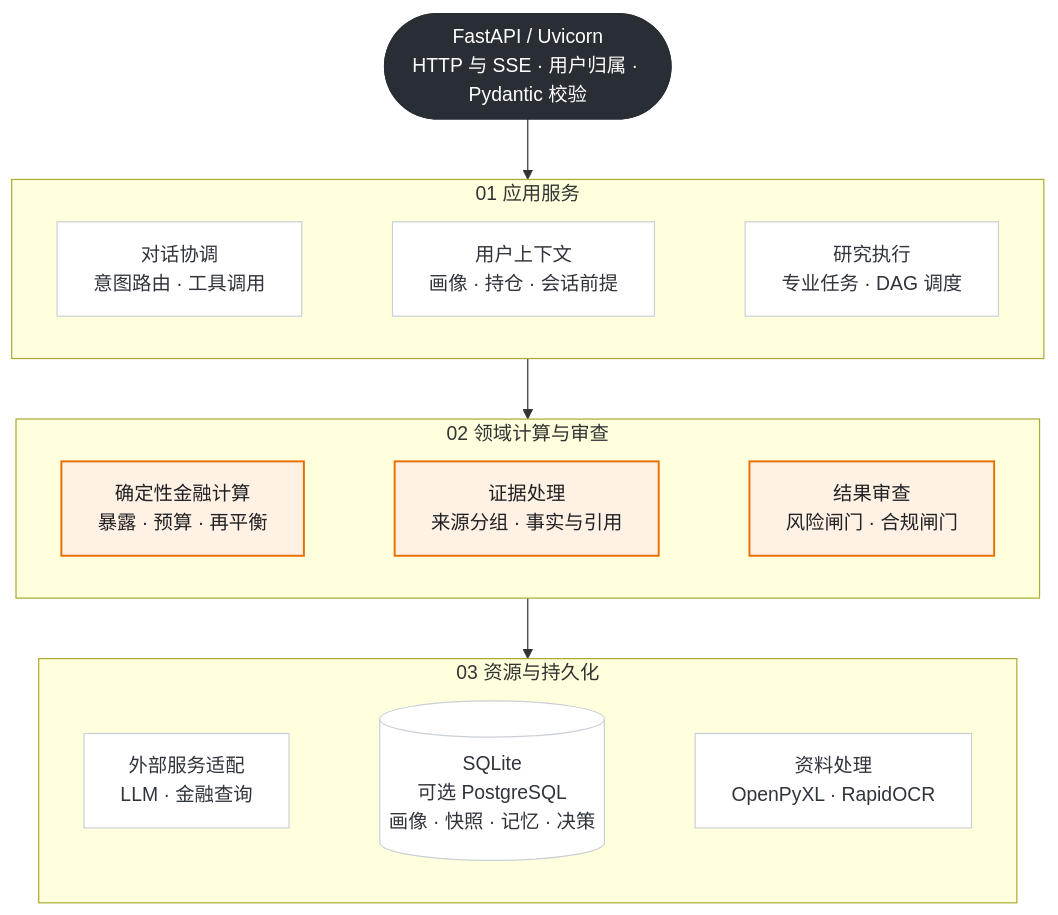
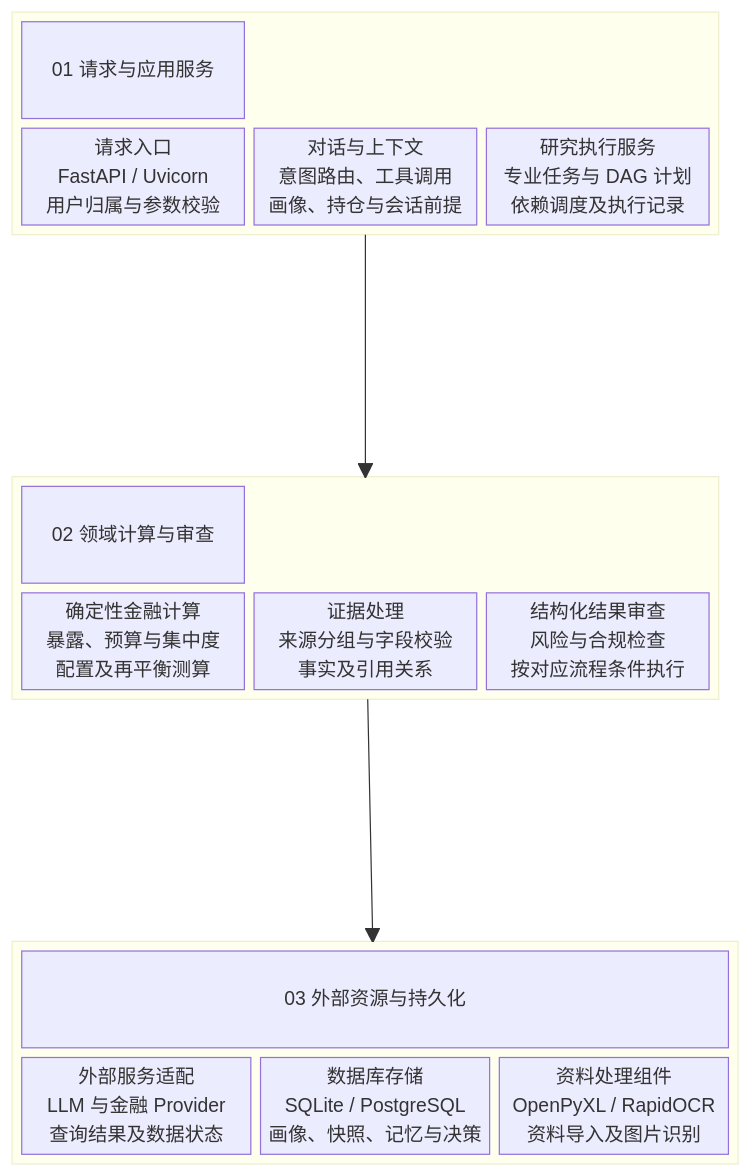
Before and after one commit to 1917173927/prism: the diagram in docs/submission/figures/s2c/backend-framework.mmd, drawn with Mermaid. The commit also changed 50 other files, not shown here.

Commit message:
docs: 按参考图重绘 S2C 分区卡片图示

```diff
--- a/docs/submission/figures/s2c/backend-framework.mmd
+++ b/docs/submission/figures/s2c/backend-framework.mmd
@@ -1,31 +1,31 @@
-flowchart TD
-  access(["FastAPI / Uvicorn<br/>HTTP 与 SSE · 用户归属 · Pydantic 校验"]) --> services
-  subgraph services[01  应用服务]
-    direction LR
-    dialogue["对话协调<br/>意图路由 · 工具调用"]
-    context["用户上下文<br/>画像 · 持仓 · 会话前提"]
-    research["研究执行<br/>专业任务 · DAG 调度"]
-    dialogue ~~~ context ~~~ research
+block-beta
+  columns 1
+  block:input
+    columns 3
+    H1["01 请求与应用服务"]:3
+    A["请求入口<br/>FastAPI / Uvicorn<br/>用户归属与参数校验"]
+    B["对话与上下文<br/>意图路由、工具调用<br/>画像、持仓与会话前提"]
+    C["研究执行服务<br/>专业任务与 DAG 计划<br/>依赖调度及执行记录"]
   end
-  services --> domain
-  subgraph domain[02  领域计算与审查]
-    direction LR
-    calc["确定性金融计算<br/>暴露 · 预算 · 再平衡"]
-    evidence["证据处理<br/>来源分组 · 事实与引用"]
-    gates["结果审查<br/>风险闸门 · 合规闸门"]
-    calc ~~~ evidence ~~~ gates
+  space
+  block:process
+    columns 3
+    H2["02 领域计算与审查"]:3
+    D["确定性金融计算<br/>暴露、预算与集中度<br/>配置及再平衡测算"]
+    E["证据处理<br/>来源分组与字段校验<br/>事实及引用关系"]
+    F["结构化结果审查<br/>风险与合规检查<br/>按对应流程条件执行"]
   end
-  domain --> infrastructure
-  subgraph infrastructure[03  资源与持久化]
-    direction LR
-    providers["外部服务适配<br/>LLM · 金融查询"]
-    storage[("SQLite<br/>可选 PostgreSQL<br/>画像 · 快照 · 记忆 · 决策")]
-    imports["资料处理<br/>OpenPyXL · RapidOCR"]
-    providers ~~~ storage ~~~ imports
+  space
+  block:output
+    columns 3
+    H3["03 外部资源与持久化"]:3
+    G["外部服务适配<br/>LLM 与金融 Provider<br/>查询结果及数据状态"]
+    I["数据库存储<br/>SQLite / PostgreSQL<br/>画像、快照、记忆与决策"]
+    J["资料处理组件<br/>OpenPyXL / RapidOCR<br/>资料导入及图片识别"]
   end
-  classDef accent fill:#fff1e3,stroke:#e86f00,color:#202124,stroke-width:1.6px
-  classDef base fill:#ffffff,stroke:#cbd0d6,color:#30343b
-  classDef dark fill:#292d34,stroke:#292d34,color:#ffffff
-  class access dark
-  class calc,evidence,gates accent
-  class dialogue,context,research,providers,storage,imports base
+  input --> process
+  process --> output
+  class H1,H2,H3 section
+  class input,process,output container
+  class A,B,C,G,I,J neutral
+  class D,E,F accent
```
